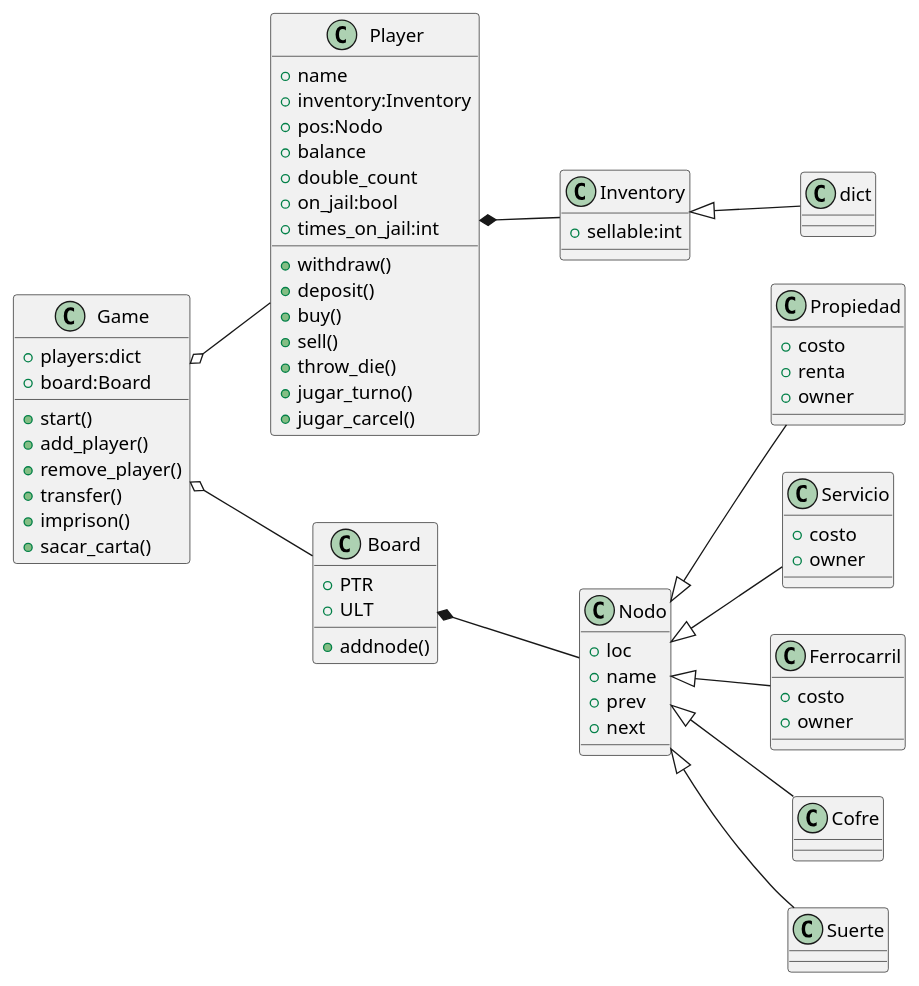
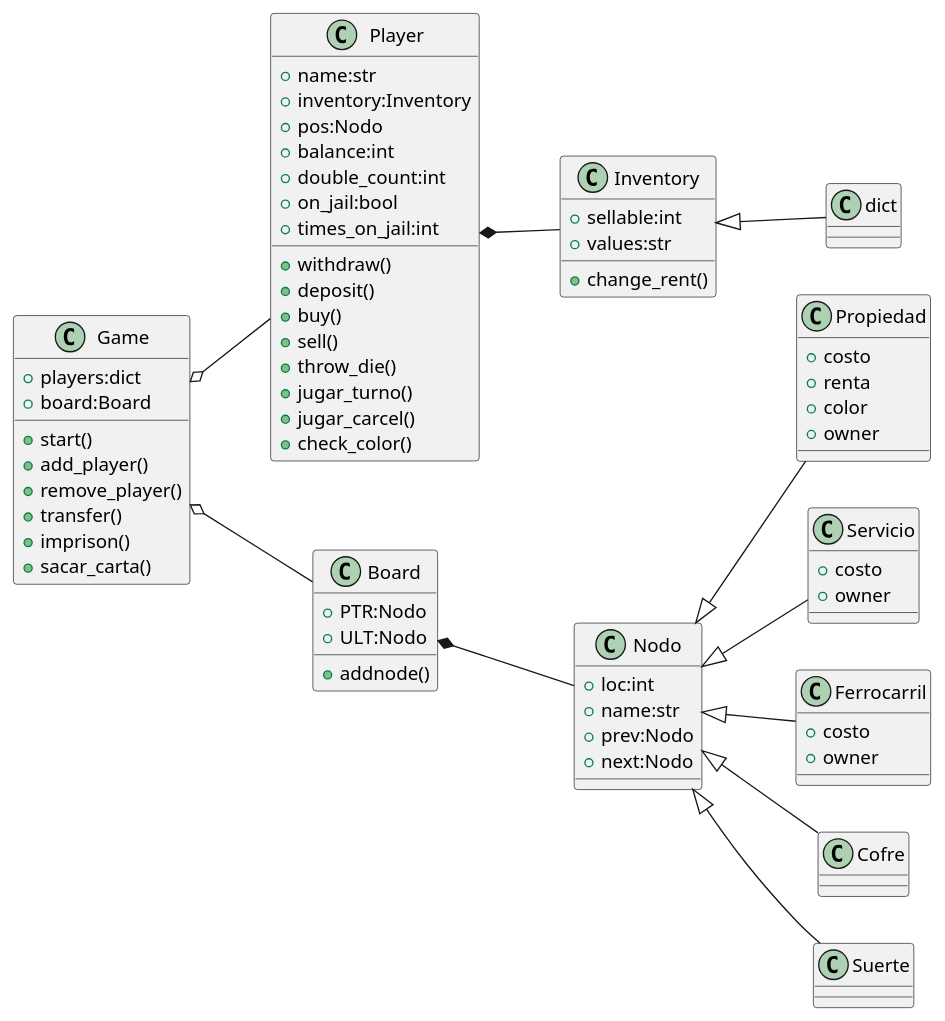
Before and after one commit to davidmosquera03/EDD_Lab03: the diagram in UML.puml, drawn with PlantUML. The commit also changed 14 other files, not shown here.

```diff
--- a/UML.puml
+++ b/UML.puml
@@ -1,71 +1,75 @@
 @startuml
 left to right direction
 class Inventory{
 +sellable:int
++values:str
++change_rent()
 }
 
 class Player{
-+name
++name:str
 +inventory:Inventory
 +pos:Nodo
-+balance
-+double_count
++balance:int
++double_count:int
 +on_jail:bool
 +times_on_jail:int
 +withdraw()
 +deposit()
 +buy()
 +sell()
 +throw_die()
 +jugar_turno()
 +jugar_carcel()
++check_color()
 }
 class dict{
 }
 class Game{
 +players:dict
 +board:Board
 +start()
 +add_player()
 +remove_player()
 +transfer()
 +imprison()
 +sacar_carta()
 }
 
 class Board{
-+PTR
-+ULT
++PTR:Nodo
++ULT:Nodo
 +addnode()
 }
 
 class Nodo{
-+loc
-+name
-+prev
-+next
++loc:int
++name:str
++prev:Nodo
++next:Nodo
 }
 class Propiedad{
 +costo
 +renta
++color
 +owner
 }
 class Servicio{
 +costo
 +owner
 }
 class Ferrocarril{
 +costo
 +owner
 }
 Player*--Inventory
 Game o--Player
 Game o-- Board
 Board *-- Nodo
 Inventory <|-- dict
 Nodo <|-- Propiedad
 Nodo <|-- Ferrocarril
 Nodo <|-- Servicio
 Nodo <|-- Cofre
 Nodo <|-- Suerte
 @enduml
```
